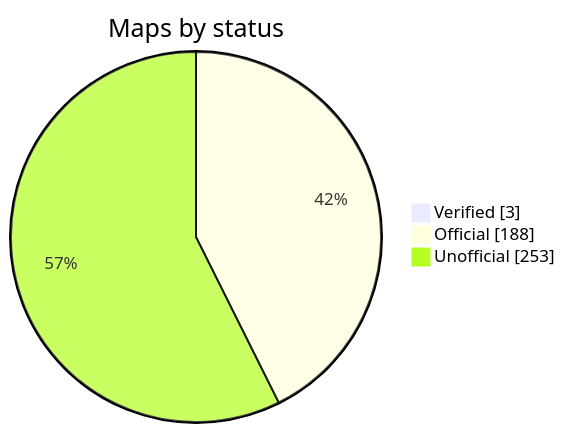
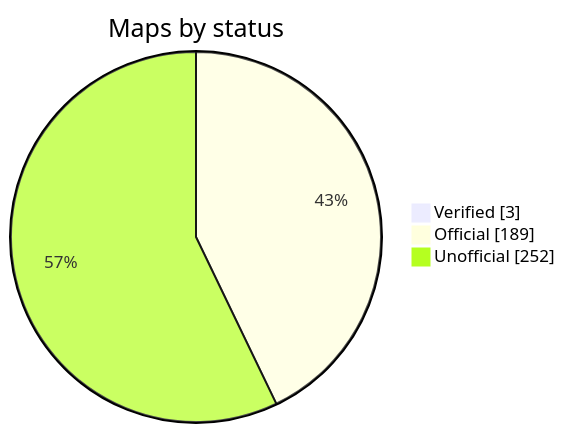
Before and after one commit to nobrega8/mbmap-library: the diagram in README.md, drawn with Mermaid. The commit also changed 1 other file, not shown here.

Commit message:
Rebuild the index

````diff
--- a/README.md
+++ b/README.md
@@ -48,7 +48,7 @@
 ```mermaid
 pie showData
     title Maps by status
     "Verified" : 3
-    "Official" : 188
-    "Unofficial" : 253
+    "Official" : 189
+    "Unofficial" : 252
 ```
````
